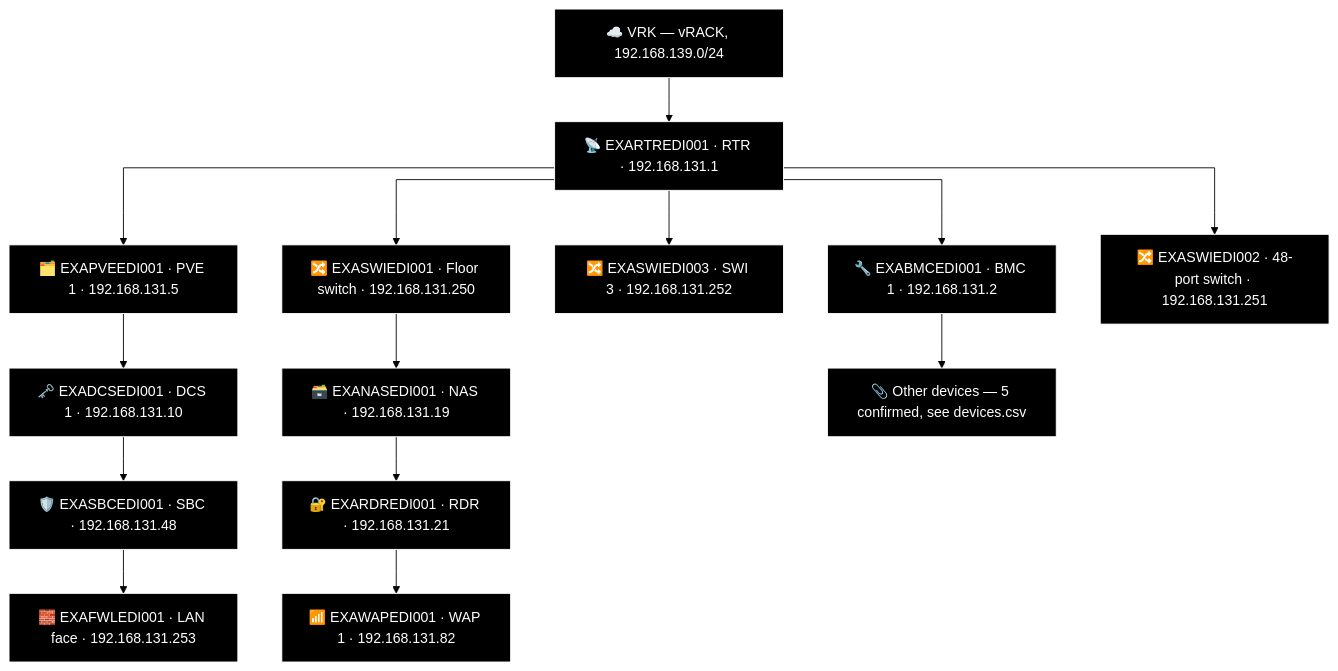
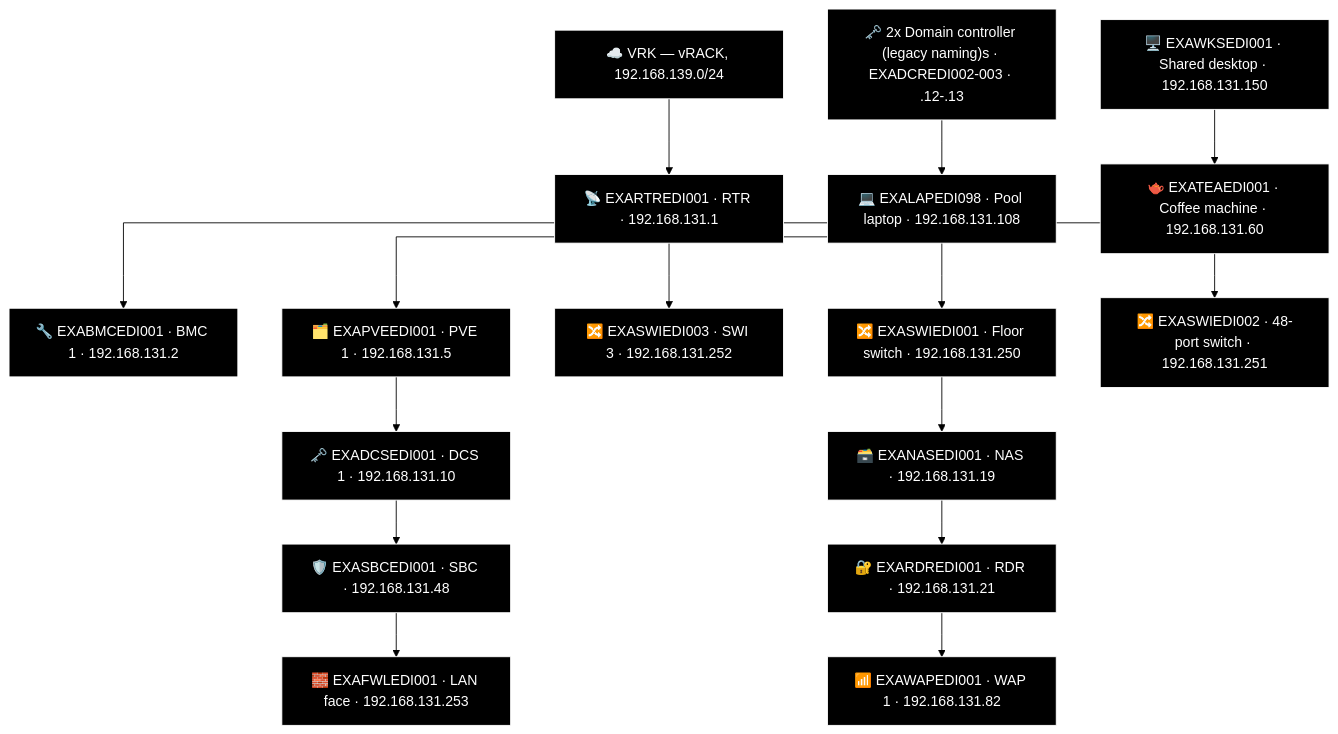
One commit to knightmare2600/example_music_infra changed the fourth of 14 diagrams in docs/network-diagram/scotland.md. Above: the diagram before and after it, drawn with Mermaid (forest theme). The commit also changed other lines of this file and 8 other files, not shown here.

First line of the commit message:
generate_network_diagrams.py: port FAL's two-column "Other" bucket into the generator

````diff
--- a/docs/network-diagram/scotland.md
+++ b/docs/network-diagram/scotland.md
@@ -235,43 +237,50 @@
 ```mermaid
 %% GENERATED:TOPOLOGY:EDI:START
 %%{init: {'flowchart': {'curve': 'stepAfter'}}}%%
 graph TD
     T_VRK["☁️ VRK — vRACK, 192.168.139.0/24"]
     T_RTR["📡 EXARTREDI001 · RTR · 192.168.131.1"]
     T_VRK --> T_RTR
     T_BMC["🔧 EXABMCEDI001 · BMC 1 · 192.168.131.2"]
     T_RTR --> T_BMC
     T_PVE["🗂️ EXAPVEEDI001 · PVE 1 · 192.168.131.5"]
     T_RTR --> T_PVE
     T_SWI["🔀 EXASWIEDI003 · SWI 3 · 192.168.131.252"]
     T_RTR --> T_SWI
     T_SWI2["🔀 EXASWIEDI001 · Floor switch · 192.168.131.250"]
     T_RTR --> T_SWI2
     T_SWI3["🔀 EXASWIEDI002 · 48-port switch · 192.168.131.251"]
     T_RTR --> T_SWI3
     T_NAS["🗃️ EXANASEDI001 · NAS · 192.168.131.19"]
     T_RDR["🔐 EXARDREDI001 · RDR · 192.168.131.21"]
     T_WAP["📶 EXAWAPEDI001 · WAP 1 · 192.168.131.82"]
     T_SWI2 --> T_NAS --> T_RDR --> T_WAP
     T_DCS["🗝️ EXADCSEDI001 · DCS 1 · 192.168.131.10"]
     T_SBC["🛡️ EXASBCEDI001 · SBC · 192.168.131.48"]
     T_FWL["🧱 EXAFWLEDI001 · LAN face · 192.168.131.253"]
     T_PVE --> T_DCS --> T_SBC --> T_FWL
-    T_OTHER["📎 Other devices — 5 confirmed, see devices.csv"]
-    T_BMC --> T_OTHER
+    T_OTH_DCR["🗝️ 2x Domain controller (legacy naming)s · EXADCREDI002-003 · .12-.13"]
+    T_WKS["🖥️ EXAWKSEDI001 · Shared desktop · 192.168.131.150"]
+    T_LAP["💻 EXALAPEDI098 · Pool laptop · 192.168.131.108"]
+    T_TEA["🫖 EXATEAEDI001 · Coffee machine · 192.168.131.60"]
+    T_OTH_DCR --> T_LAP
+    T_WKS --> T_TEA
     style T_VRK fill:#000000,stroke:#FFFFFF,color:#FFFFFF
     style T_RTR fill:#000000,stroke:#FFFFFF,color:#FFFFFF
     style T_BMC fill:#000000,stroke:#FFFFFF,color:#FFFFFF
     style T_PVE fill:#000000,stroke:#FFFFFF,color:#FFFFFF
     style T_SWI fill:#000000,stroke:#FFFFFF,color:#FFFFFF
     style T_SWI2 fill:#000000,stroke:#FFFFFF,color:#FFFFFF
     style T_SWI3 fill:#000000,stroke:#FFFFFF,color:#FFFFFF
     style T_NAS fill:#000000,stroke:#FFFFFF,color:#FFFFFF
     style T_RDR fill:#000000,stroke:#FFFFFF,color:#FFFFFF
     style T_WAP fill:#000000,stroke:#FFFFFF,color:#FFFFFF
     style T_DCS fill:#000000,stroke:#FFFFFF,color:#FFFFFF
     style T_SBC fill:#000000,stroke:#FFFFFF,color:#FFFFFF
     style T_FWL fill:#000000,stroke:#FFFFFF,color:#FFFFFF
-    style T_OTHER fill:#000000,stroke:#FFFFFF,color:#FFFFFF
+    style T_OTH_DCR fill:#000000,stroke:#FFFFFF,color:#FFFFFF
+    style T_WKS fill:#000000,stroke:#FFFFFF,color:#FFFFFF
+    style T_LAP fill:#000000,stroke:#FFFFFF,color:#FFFFFF
+    style T_TEA fill:#000000,stroke:#FFFFFF,color:#FFFFFF
 %% GENERATED:TOPOLOGY:EDI:END
 ```
````
